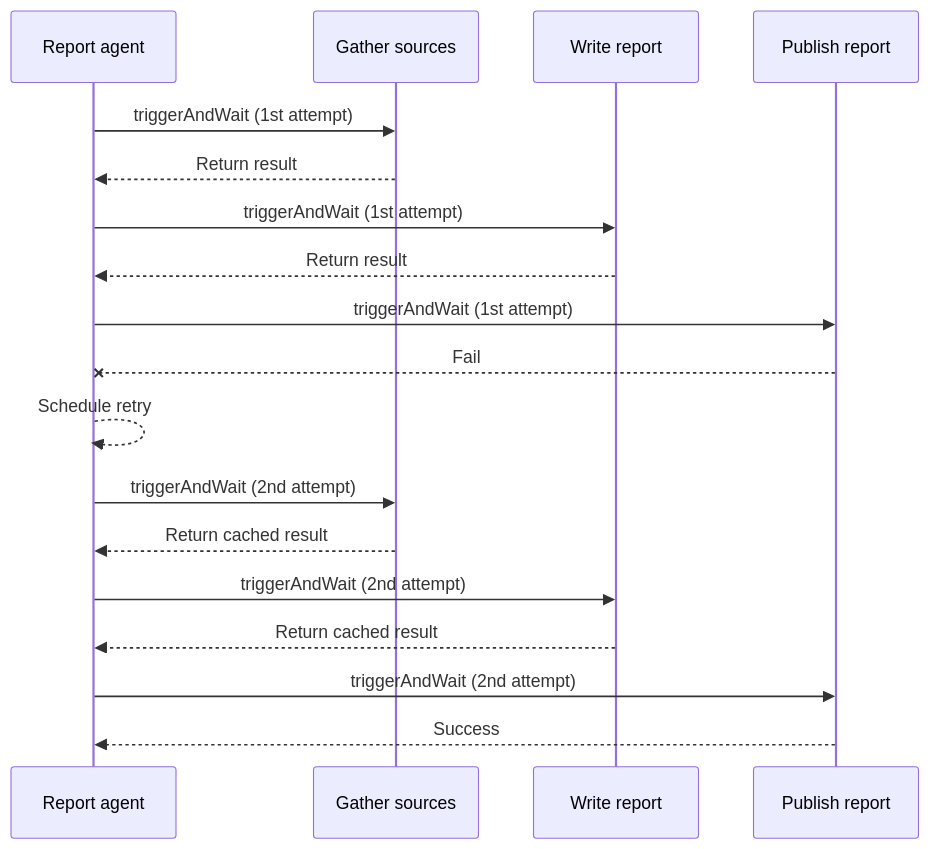
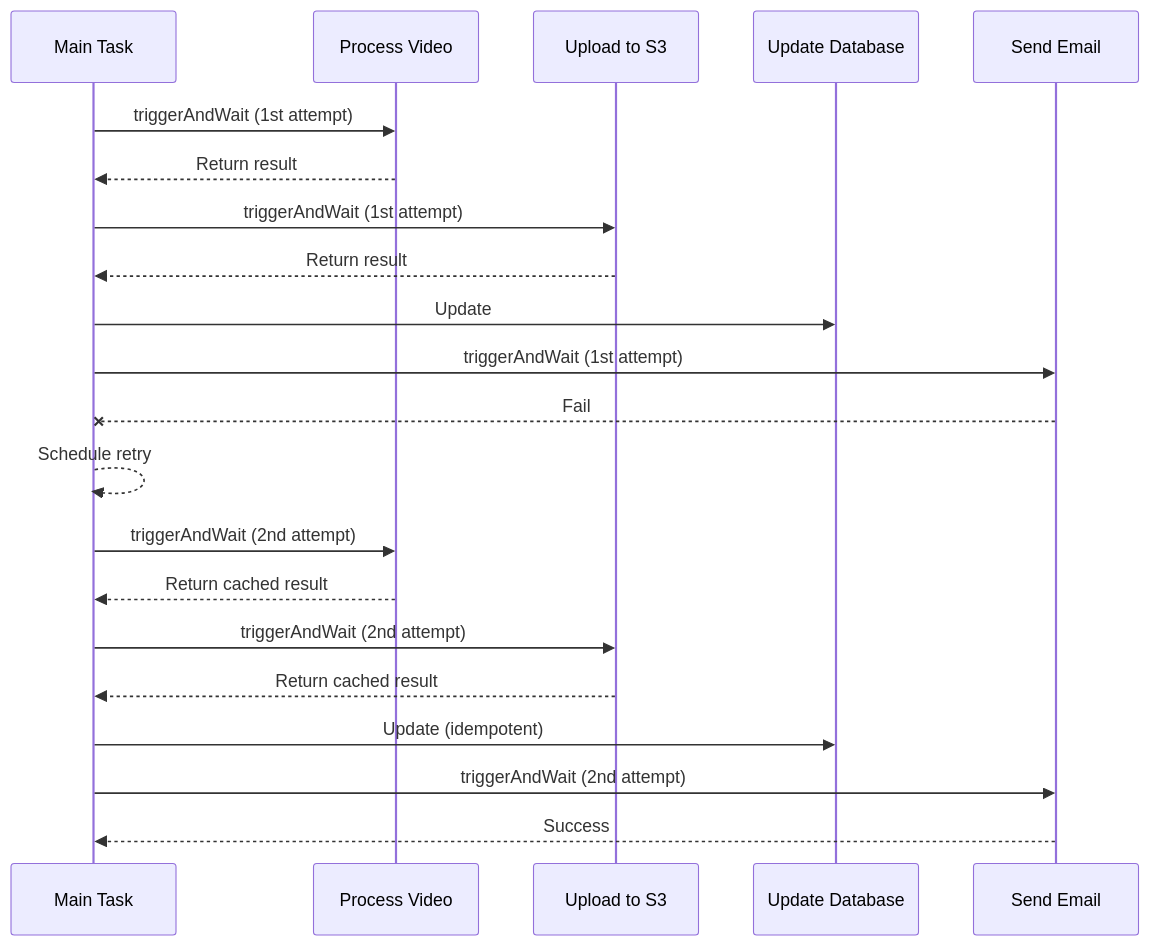
Before and after one commit to triggerdotdev/trigger.dev: the third of 3 diagrams in docs/how-it-works.mdx, drawn with Mermaid. The commit also changed other lines of this file, not shown here.

````diff
--- a/docs/how-it-works.mdx
+++ b/docs/how-it-works.mdx
@@ -274,22 +379,25 @@
 ```mermaid
 sequenceDiagram
-  participant Main as Report agent
-  participant Gather as Gather sources
-  participant Write as Write report
-  participant Publish as Publish report
+  participant Main as Main Task
+  participant Process as Process Video
+  participant Upload as Upload to S3
+  participant DB as Update Database
+  participant Email as Send Email
 
-  Main->>Gather: triggerAndWait (1st attempt)
-  Gather-->>Main: Return result
-  Main->>Write: triggerAndWait (1st attempt)
-  Write-->>Main: Return result
-  Main->>Publish: triggerAndWait (1st attempt)
-  Publish--xMain: Fail
+  Main->>Process: triggerAndWait (1st attempt)
+  Process-->>Main: Return result
+  Main->>Upload: triggerAndWait (1st attempt)
+  Upload-->>Main: Return result
+  Main->>DB: Update
+  Main->>Email: triggerAndWait (1st attempt)
+  Email--xMain: Fail
   Main-->>Main: Schedule retry
 
-  Main->>Gather: triggerAndWait (2nd attempt)
-  Gather-->>Main: Return cached result
-  Main->>Write: triggerAndWait (2nd attempt)
-  Write-->>Main: Return cached result
-  Main->>Publish: triggerAndWait (2nd attempt)
-  Publish-->>Main: Success
+  Main->>Process: triggerAndWait (2nd attempt)
+  Process-->>Main: Return cached result
+  Main->>Upload: triggerAndWait (2nd attempt)
+  Upload-->>Main: Return cached result
+  Main->>DB: Update (idempotent)
+  Main->>Email: triggerAndWait (2nd attempt)
+  Email-->>Main: Success
 ```
````
